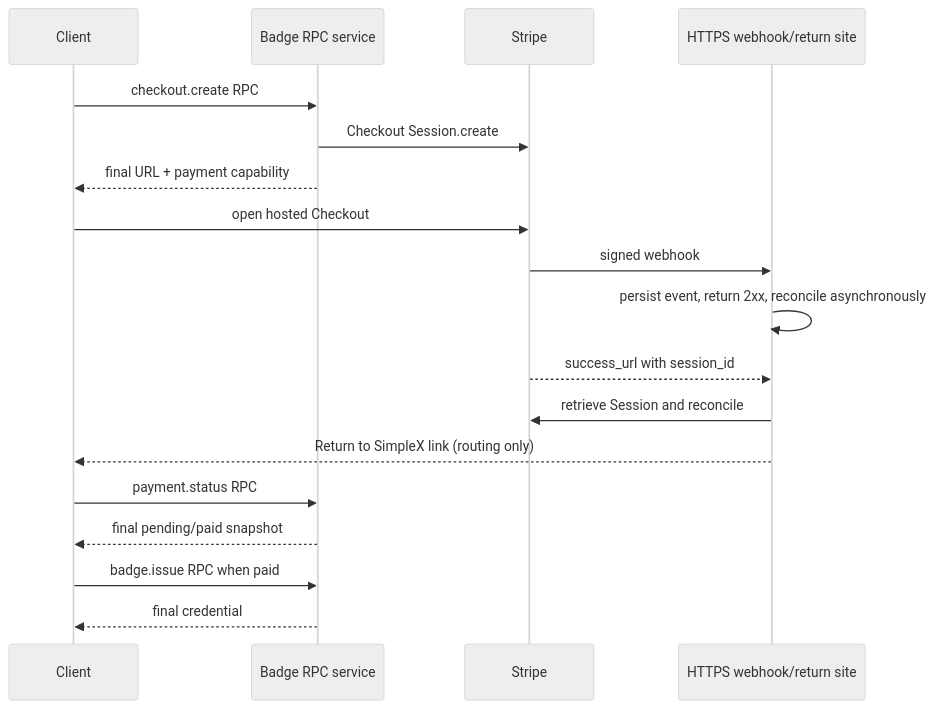
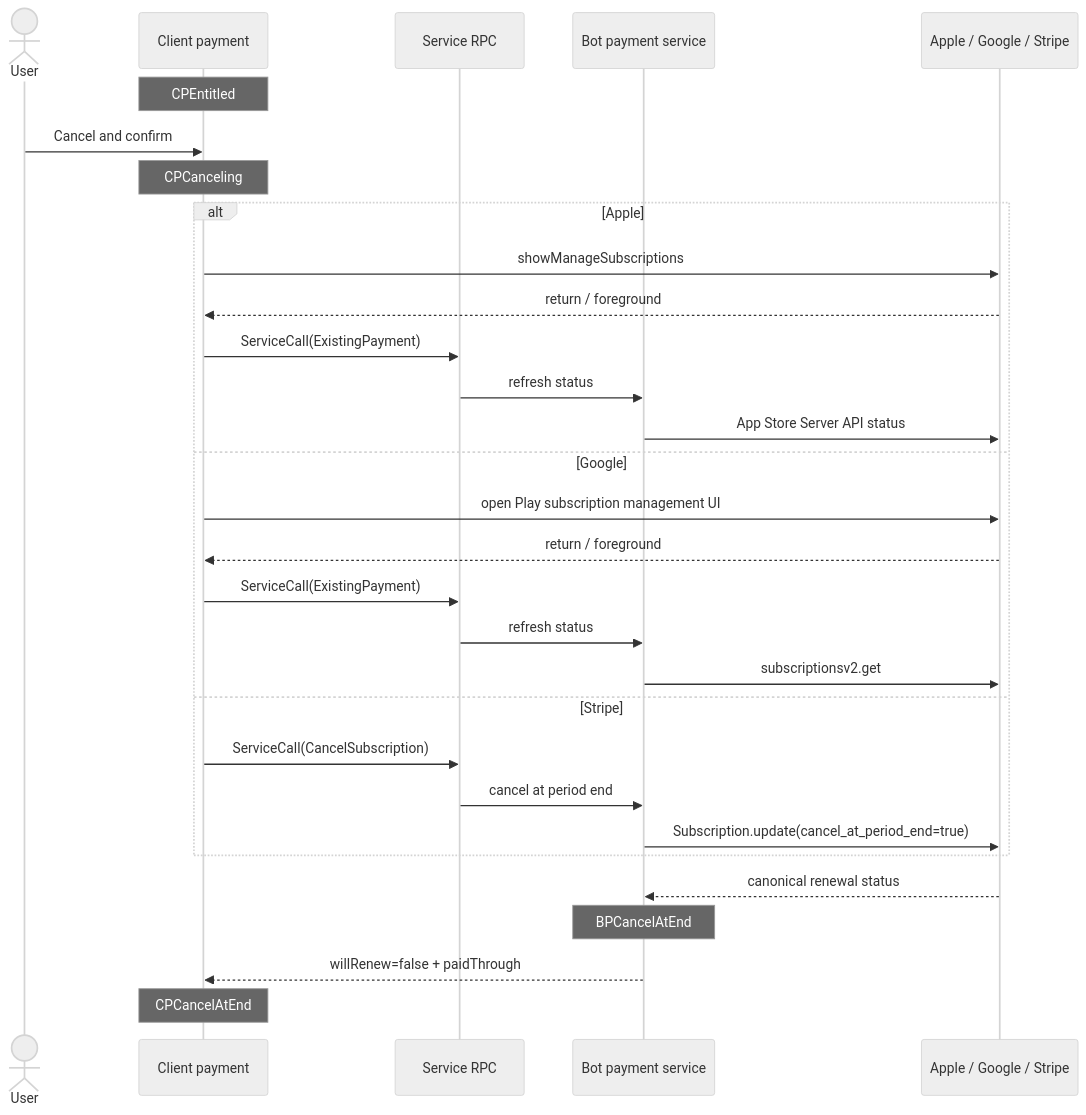
The fifth of 5 diagrams in plans/2026-07-20-supporter-badges-v2-implementation.md (simplex-chat/simplex-chat), drawn with Mermaid (neutral theme) before and after one commit. The commit also changed other lines of this file and 4 other files, not shown here.

Commit message:
docs: clarify badge payment state ownership

````diff
--- a/plans/2026-07-20-supporter-badges-v2-implementation.md
+++ b/plans/2026-07-20-supporter-badges-v2-implementation.md
@@ -571,20 +437,33 @@
 ```mermaid
 sequenceDiagram
-  participant C as Client
-  participant R as Badge RPC service
-  participant S as Stripe
-  participant H as HTTPS webhook/return site
-  C->>R: checkout.create RPC
-  R->>S: Checkout Session.create
-  R-->>C: final URL + payment capability
-  C->>S: open hosted Checkout
-  S->>H: signed webhook
-  H->>H: persist event, return 2xx, reconcile asynchronously
-  S-->>H: success_url with session_id
-  H->>S: retrieve Session and reconcile
-  H-->>C: Return to SimpleX link (routing only)
-  C->>R: payment.status RPC
-  R-->>C: final pending/paid snapshot
-  C->>R: badge.issue RPC when paid
-  R-->>C: final credential
+  actor U as User
+  participant CP as Client payment
+  participant RPC as Service RPC
+  participant BP as Bot payment service
+  participant P as Apple / Google / Stripe
+
+  Note over CP: CPEntitled
+  U->>CP: Cancel and confirm
+  Note over CP: CPCanceling
+  alt Apple
+    CP->>P: showManageSubscriptions
+    P-->>CP: return / foreground
+    CP->>RPC: ServiceCall(ExistingPayment)
+    RPC->>BP: refresh status
+    BP->>P: App Store Server API status
+  else Google
+    CP->>P: open Play subscription management UI
+    P-->>CP: return / foreground
+    CP->>RPC: ServiceCall(ExistingPayment)
+    RPC->>BP: refresh status
+    BP->>P: subscriptionsv2.get
+  else Stripe
+    CP->>RPC: ServiceCall(CancelSubscription)
+    RPC->>BP: cancel at period end
+    BP->>P: Subscription.update(cancel_at_period_end=true)
+  end
+  P-->>BP: canonical renewal status
+  Note over BP: BPCancelAtEnd
+  BP-->>CP: willRenew=false + paidThrough
+  Note over CP: CPCancelAtEnd
 ```
````
